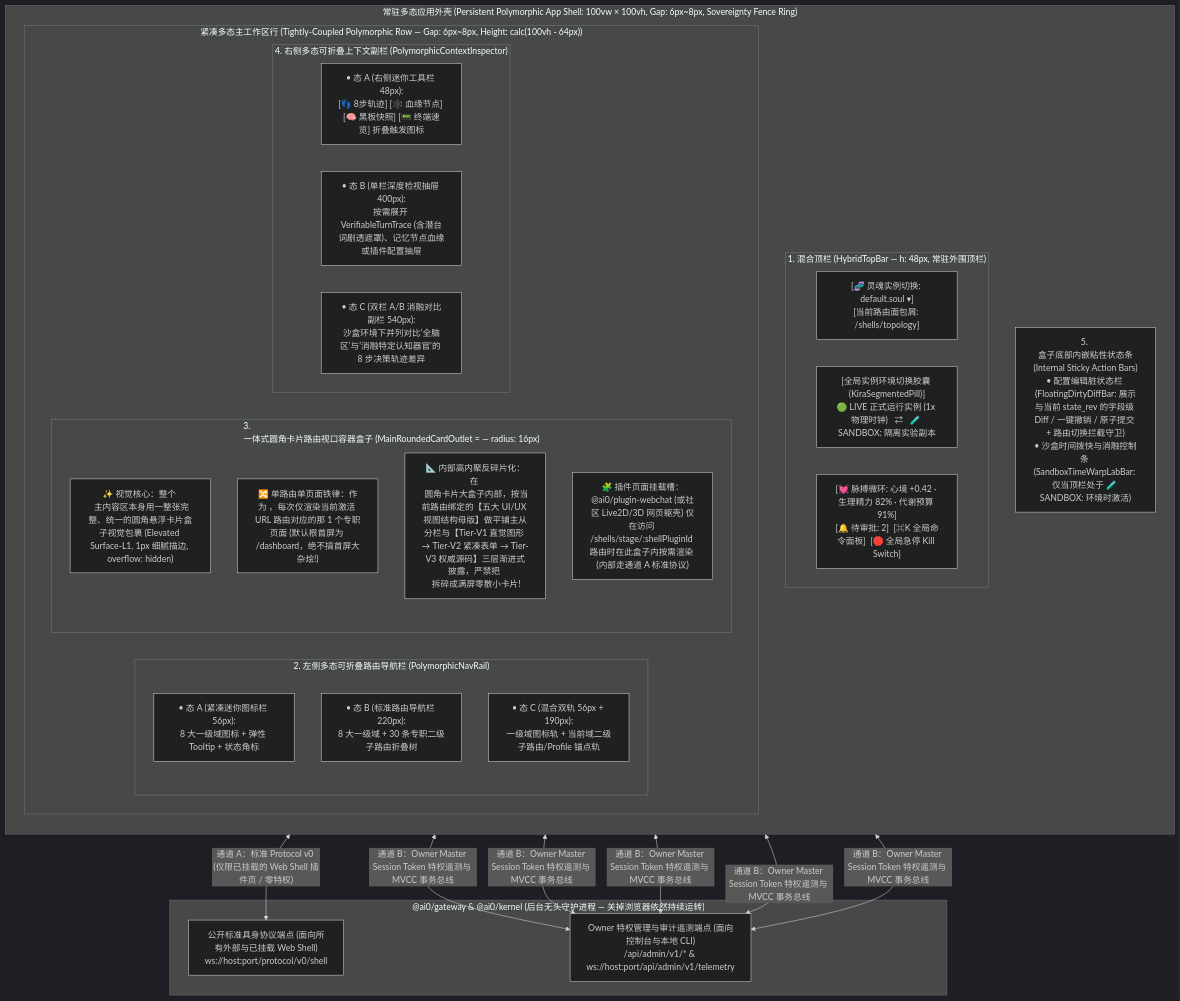
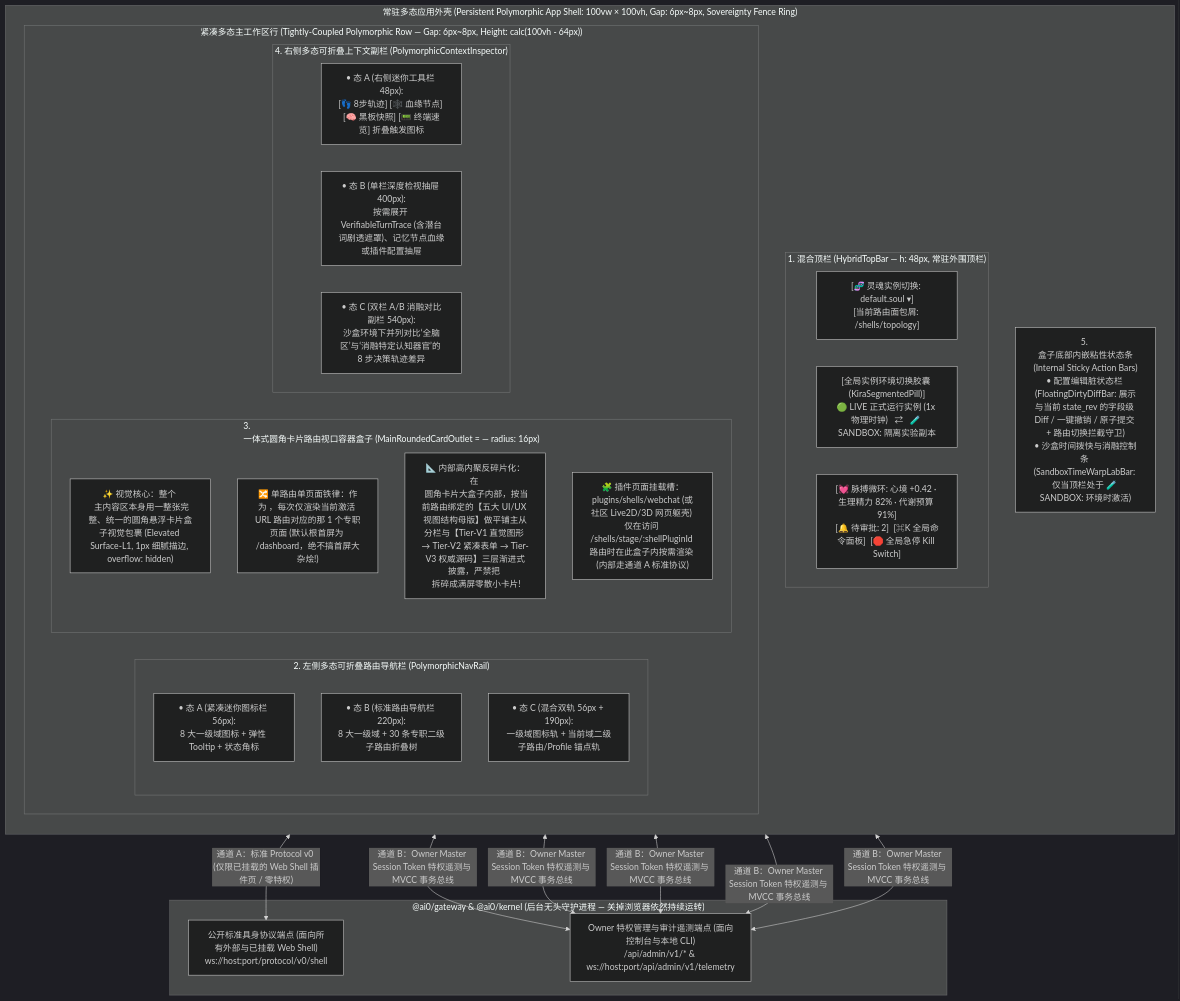
Before and after one commit to reina0721/ai0: the first of 2 diagrams in docs/architecture/06-webui-console-and-observability-arch.md, drawn with Mermaid (dark theme). The commit also changed other lines of this file and 6 other files, not shown here.

Commit message:
Unify plugin directory layout and WebChat architecture references

````diff
--- a/docs/architecture/06-webui-console-and-observability-arch.md
+++ b/docs/architecture/06-webui-console-and-observability-arch.md
@@ -49,47 +49,47 @@
 ```mermaid
 flowchart TB
     subgraph Viewport["常驻多态应用外壳 (Persistent Polymorphic App Shell: 100vw × 100vh, Gap: 6px~8px, Sovereignty Fence Ring)"]
         direction TB
 
         subgraph TopBar["1. 混合顶栏 (HybridTopBar — h: 48px, 常驻外围顶栏)"]
             direction LR
             T_Left["[🧬 灵魂实例切换: default.soul ▾]<br/>[当前路由面包屑: /shells/topology]"]
             T_Center["[全局实例环境切换胶囊 (KiraSegmentedPill)]<br/>🟢 LIVE 正式运行实例 (1x 物理时钟)   ⇄   🧪 SANDBOX:<fork_id> 隔离实验副本"]
             T_Right["[💓 脉搏微环: 心境 +0.42 · 生理精力 82% · 代谢预算 91%]<br/>[🔔 待审批: 2]  [⌘K 全局命令面板]  [🛑 全局急停 Kill Switch]"]
         end
 
         subgraph WorkspaceRow["紧凑多态主工作区行 (Tightly-Coupled Polymorphic Row — Gap: 6px~8px, Height: calc(100vh - 64px))"]
             direction LR
 
             subgraph LeftRail["2. 左侧多态可折叠路由导航栏 (PolymorphicNavRail)"]
                 L_StateA["• 态 A (紧凑迷你图标栏 56px):<br/>8 大一级域图标 + 弹性 Tooltip + 状态角标"]
                 L_StateB["• 态 B (标准路由导航栏 220px):<br/>8 大一级域 + 30 条专职二级子路由折叠树"]
                 L_StateC["• 态 C (混合双轨 56px + 190px):<br/>一级域图标轨 + 当前域二级子路由/Profile 锚点轨"]
             end
 
             subgraph MainCardOutlet["3. <main> 一体式圆角卡片路由视口容器盒子 (MainRoundedCardOutlet = <RouterOutlet /> — radius: 16px)"]
                 direction TB
                 M_Rule1["✨ 视觉核心：整个 <main> 主内容区本身用一整张完整、统一的圆角悬浮卡片盒子视觉包裹 (Elevated Surface-L1, 1px 细腻描边, overflow: hidden)"]
                 M_Rule2["🔀 单路由单页面铁律：作为 <RouterOutlet />，每次仅渲染当前激活 URL 路由对应的那 1 个专职页面 (默认根首屏为 /dashboard，绝不搞首屏大杂烩!)"]
                 M_Rule3["📐 内部高内聚反碎片化：在 <main> 圆角卡片大盒子内部，按当前路由绑定的【五大 UI/UX 视图结构母版】做平铺主从分栏与【Tier-V1 直觉图形 → Tier-V2 紧凑表单 → Tier-V3 权威源码】三层渐进式披露，严禁把 <main> 拆碎成满屏零散小卡片!"]
-                M_Rule4["🧩 插件页面挂载槽：@ai0/plugin-webchat (或社区 Live2D/3D 网页躯壳) 仅在访问 /shells/stage/:shellPluginId 路由时在此盒子内按需渲染 (内部走通道 A 标准协议)"]
+                M_Rule4["🧩 插件页面挂载槽：plugins/shells/webchat (或社区 Live2D/3D 网页躯壳) 仅在访问 /shells/stage/:shellPluginId 路由时在此盒子内按需渲染 (内部走通道 A 标准协议)"]
             end
 
             subgraph RightRail["4. 右侧多态可折叠上下文副栏 (PolymorphicContextInspector)"]
                 R_StateA["• 态 A (右侧迷你工具栏 48px):<br/>[👣 8步轨迹] [🕸️ 血缘节点] [🧠 黑板快照] [📟 终端速览] 折叠触发图标"]
                 R_StateB["• 态 B (单栏深度检视抽屉 400px):<br/>按需展开 VerifiableTurnTrace (含潜台词剧透遮罩)、记忆节点血缘或插件配置抽屉"]
                 R_StateC["• 态 C (双栏 A/B 消融对比副栏 540px):<br/>沙盒环境下并列对比‘全脑区’与‘消融特定认知器官’的 8 步决策轨迹差异"]
             end
         end
 
         BottomOverlay["5. <main> 盒子底部内嵌粘性状态条 (Internal Sticky Action Bars)<br/>• 配置编辑脏状态栏 (FloatingDirtyDiffBar: 展示与当前 state_rev 的字段级 Diff / 一键撤销 / 原子提交 + 路由切换拦截守卫)<br/>• 沙盒时间拨快与消融控制条 (SandboxTimeWarpLabBar: 仅当顶栏处于 🧪 SANDBOX:<fork_id> 环境时激活)"]
     end
 
     subgraph Backend["@ai0/gateway & @ai0/kernel (后台无头守护进程 — 关掉浏览器依然持续运转)"]
         PublicWS["公开标准具身协议端点 (面向所有外部与已挂载 Web Shell)<br/>ws://host:port/protocol/v0/shell"]
         AdminBus["Owner 特权管理与审计遥测端点 (面向控制台与本地 CLI)<br/>/api/admin/v1/* & ws://host:port/api/admin/v1/telemetry"]
     end
 
     M_Rule4 <-->|"通道 A：标准 Protocol v0 (仅限已挂载的 Web Shell 插件页 / 零特权)"| PublicWS
     TopBar & LeftRail & MainCardOutlet & RightRail & BottomOverlay <-->|"通道 B：Owner Master Session Token 特权遥测与 MVCC 事务总线"| AdminBus
 ```
````
